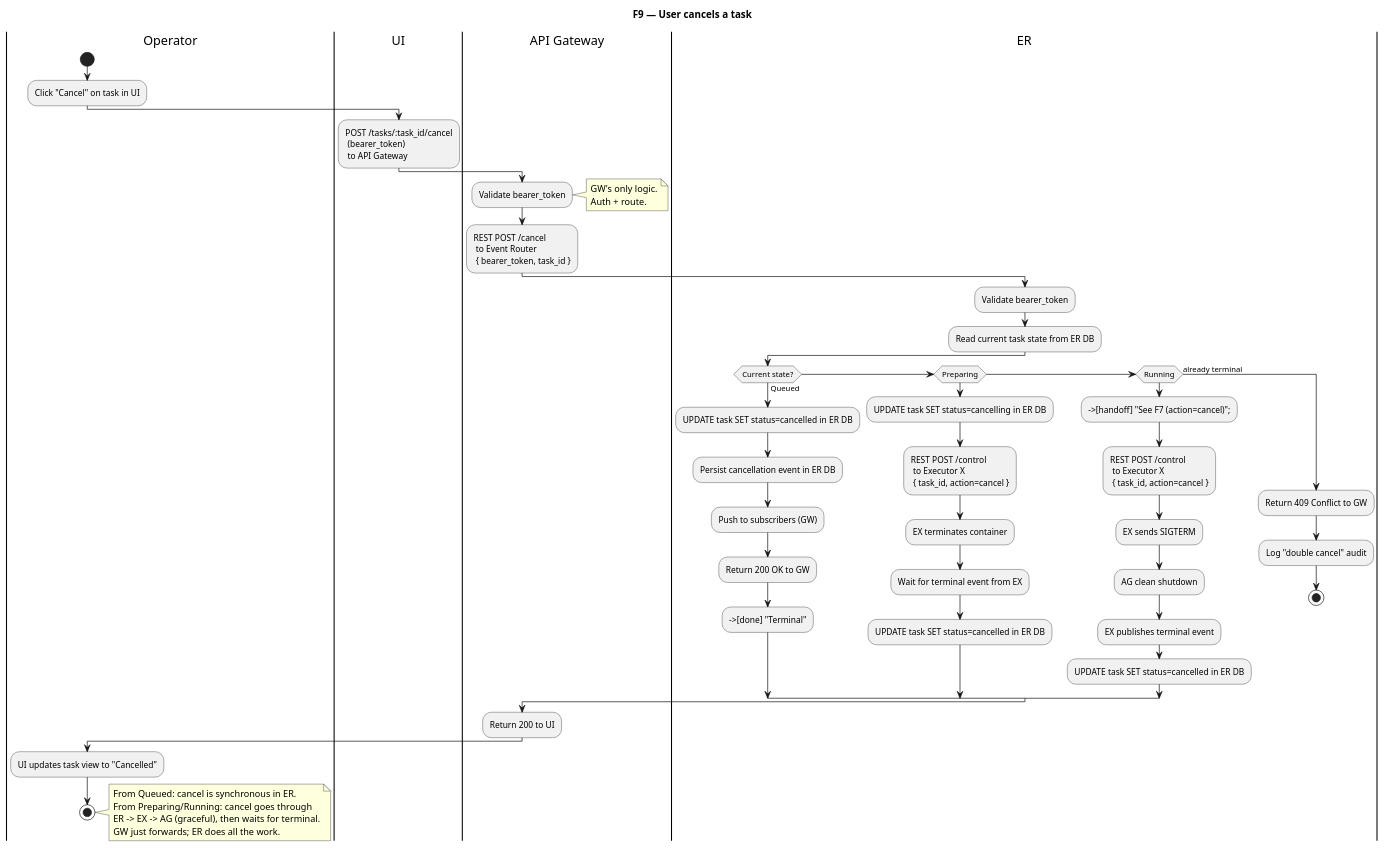
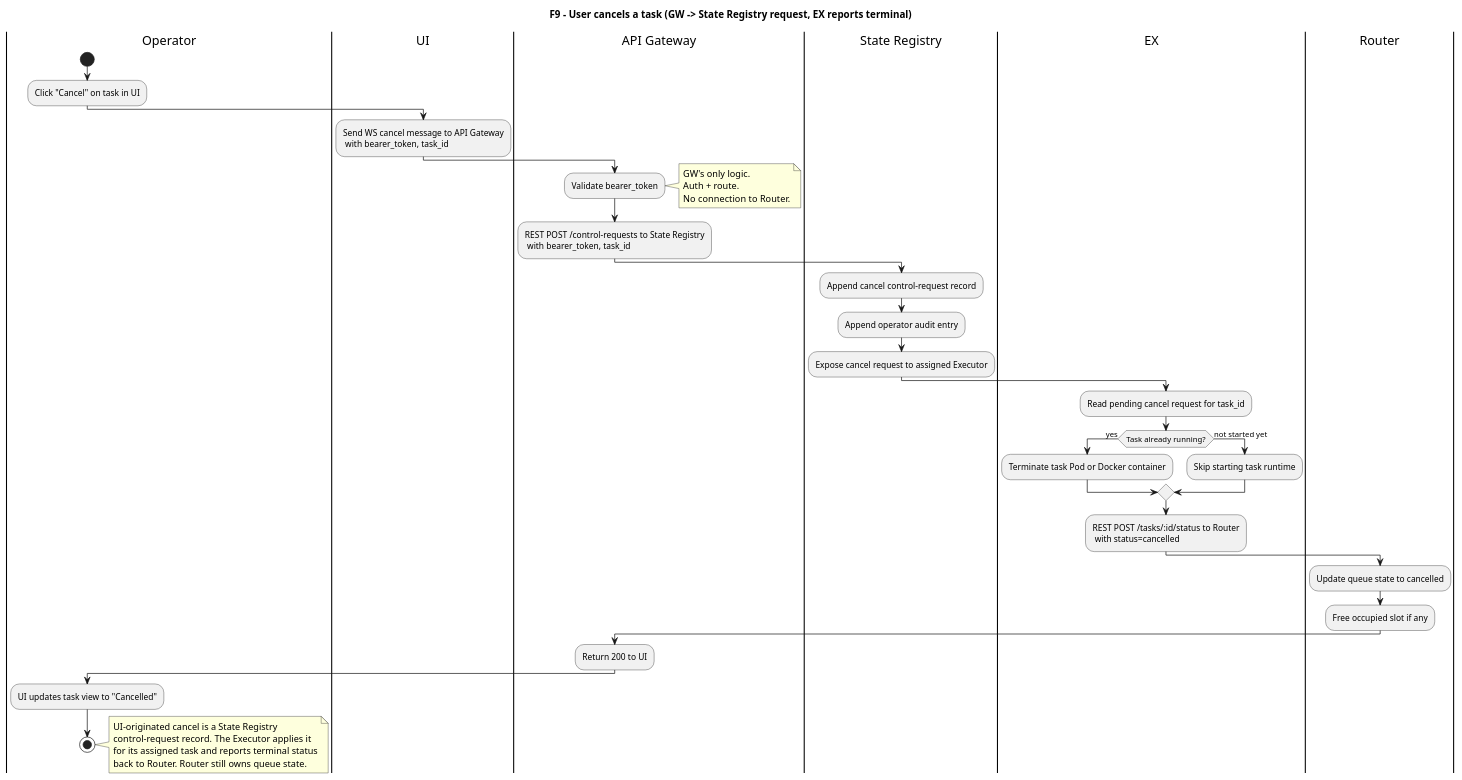
The diagram in docs/architecture/diagrams/f9-user-cancel.puml (pandops/flowai), drawn with PlantUML before and after one commit. The commit also changed 4 other files, not shown here.

First line of the commit message:
docs(architecture): update execution flow diagrams

```diff
--- a/docs/architecture/diagrams/f9-user-cancel.puml
+++ b/docs/architecture/diagrams/f9-user-cancel.puml
@@ -1,71 +1,58 @@
 @startuml f9-user-cancel
-title F9 — User cancels a task
+title F9 - User cancels a task (GW -> State Registry request, EX reports terminal)
 
 |Operator|
 start
 :Click "Cancel" on task in UI;
 
 |UI|
-:POST /tasks/:task_id/cancel
- (bearer_token)
- to API Gateway;
+:Send WS cancel message to API Gateway
+ with bearer_token, task_id;
 
 |API Gateway|
 :Validate bearer_token;
 note right
   GW's only logic.
   Auth + route.
+  No connection to Router.
 end note
-:REST POST /cancel
- to Event Router
- { bearer_token, task_id };
+:REST POST /control-requests to State Registry
+ with bearer_token, task_id;
 
-|ER|
-:Validate bearer_token;
-:Read current task state from ER DB;
+|State Registry|
+:Append cancel control-request record;
+:Append operator audit entry;
+:Expose cancel request to assigned Executor;
 
-if (Current state?) then (Queued)
-  :UPDATE task SET status=cancelled in ER DB;
-  :Persist cancellation event in ER DB;
-  :Push to subscribers (GW);
-  :Return 200 OK to GW;
-  -->[done] "Terminal"
-elseif (Preparing) then
-  :UPDATE task SET status=cancelling in ER DB;
-  :REST POST /control
-   to Executor X
-   { task_id, action=cancel };
-  :EX terminates container;
-  :Wait for terminal event from EX;
-  :UPDATE task SET status=cancelled in ER DB;
-elseif (Running) then
-  -->[handoff] "See F7 (action=cancel)";
-  :REST POST /control
-   to Executor X
-   { task_id, action=cancel };
-  :EX sends SIGTERM;
-  :AG clean shutdown;
-  :EX publishes terminal event;
-  :UPDATE task SET status=cancelled in ER DB;
-else (already terminal)
-  :Return 409 Conflict to GW;
-  :Log "double cancel" audit;
-  stop
+|EX|
+:Read pending cancel request for task_id;
+
+if (Task already running?) then (yes)
+  :Terminate task Pod or Docker container;
+else (not started yet)
+  :Skip starting task runtime;
 endif
+
+:REST POST /tasks/:id/status to Router
+ with status=cancelled;
+
+|Router|
+:Update queue state to cancelled;
+:Free occupied slot if any;
 
 |API Gateway|
 :Return 200 to UI;
 
 |Operator|
 :UI updates task view to "Cancelled";
 
 stop
 
 note right
-  From Queued: cancel is synchronous in ER.
-  From Preparing/Running: cancel goes through
-  ER -> EX -> AG (graceful), then waits for terminal.
-  GW just forwards; ER does all the work.
+  UI-originated cancel is a State Registry
+  control-request record. The Executor applies it
+  for its assigned task and reports terminal status
+  back to Router. Router still owns queue state.
 end note
 
 @enduml
```
